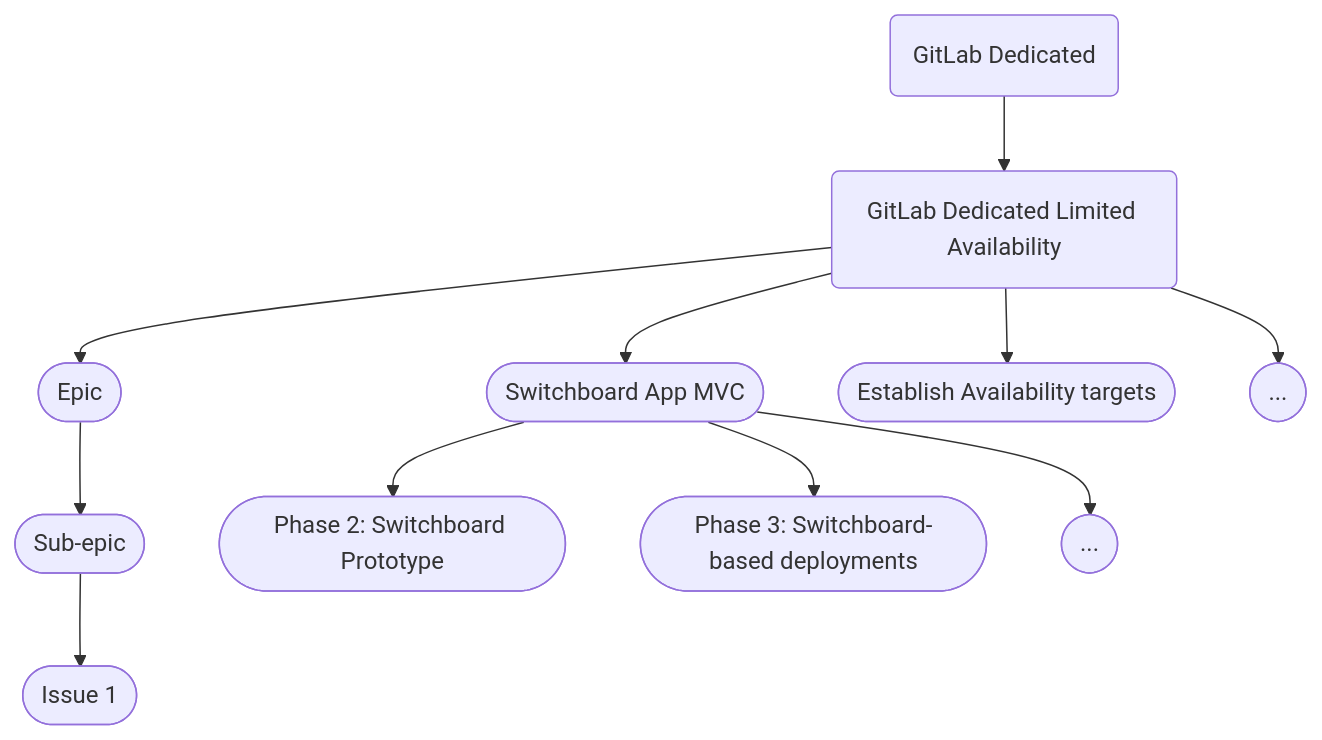
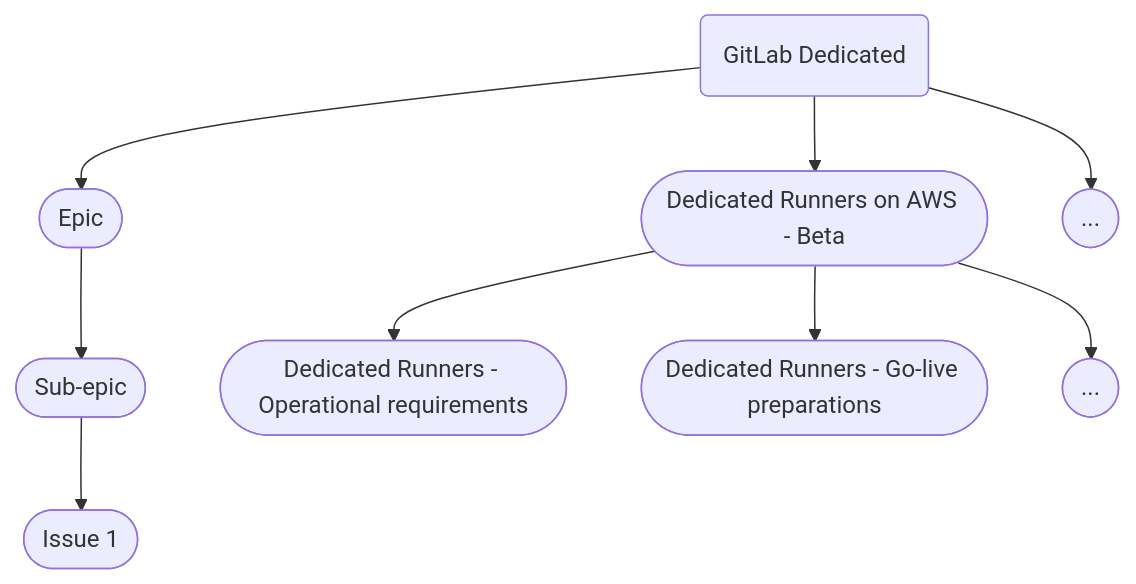
One commit to secretstartups/handbook changed the diagram in content/handbook/engineering/infrastructure/team/gitlab-dedicated/_index.md. Above: the diagram before and after it, drawn with Mermaid. The commit also changed other lines of this file and 1 other file, not shown here.

Commit message:
Update GitLab Dedicated handbook page

````diff
--- a/content/handbook/engineering/infrastructure/team/gitlab-dedicated/_index.md
+++ b/content/handbook/engineering/infrastructure/team/gitlab-dedicated/_index.md
@@ -169,18 +170,17 @@
 ```mermaid
 graph TD
-A(GitLab Dedicated) --> C(GitLab Dedicated Limited Availability)
-C --> D([Epic])
-C --> E([Switchboard App MVC])
-C --> F([Establish Availability targets])
-C --> G([...])
+A(GitLab Dedicated)
+A --> D([Epic])
+A --> E([Dedicated Runners on AWS - Beta])
+A --> G([...])
 D --> H([Sub-epic])
-E --> I([Phase 2: Switchboard Prototype])
-E --> J([Phase 3: Switchboard-based deployments])
+E --> I([Dedicated Runners - Operational requirements])
+E --> J([Dedicated Runners - Go-live preparations])
 E --> K([...])
 H --> L([Issue 1])
 
 click A "https://gitlab.com/groups/gitlab-com/gl-infra/-/epics/479"
-click C "https://gitlab.com/groups/gitlab-com/gl-infra/-/epics/484"
-click E "https://gitlab.com/groups/gitlab-com/gl-infra/gitlab-dedicated/-/epics/54"
-click F "https://gitlab.com/groups/gitlab-com/gl-infra/gitlab-dedicated/-/epics/55"
+click E "https://gitlab.com/groups/gitlab-com/gl-infra/gitlab-dedicated/-/epics/276"
+click I "https://gitlab.com/groups/gitlab-com/gl-infra/gitlab-dedicated/-/epics/297"
+click J "https://gitlab.com/groups/gitlab-com/gl-infra/gitlab-dedicated/-/epics/298"
 ```
````
